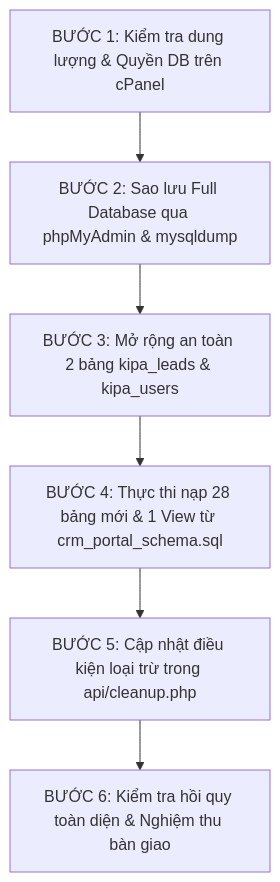
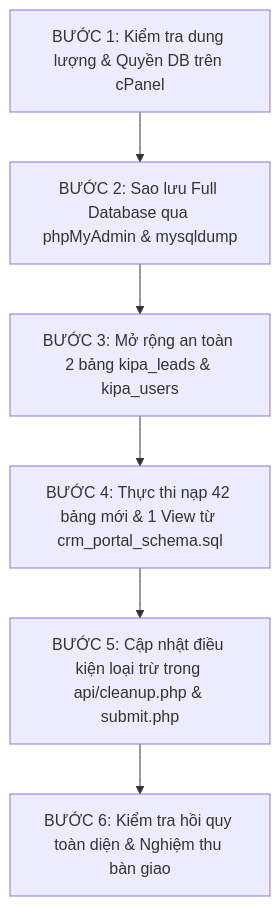
Before and after one commit to sugar4120/Web-KIPA: the diagram in DATABASE_MIGRATION_PLAN.md, drawn with Mermaid. The commit also changed other lines of this file and 9 other files, not shown here.

````diff
--- a/DATABASE_MIGRATION_PLAN.md
+++ b/DATABASE_MIGRATION_PLAN.md
@@ -23,8 +23,8 @@
 ```mermaid
 flowchart TD
     B1["BƯỚC 1: Kiểm tra dung lượng & Quyền DB trên cPanel"] --> B2["BƯỚC 2: Sao lưu Full Database qua phpMyAdmin & mysqldump"]
     B2 --> B3["BƯỚC 3: Mở rộng an toàn 2 bảng kipa_leads & kipa_users"]
-    B3 --> B4["BƯỚC 4: Thực thi nạp 28 bảng mới & 1 View từ crm_portal_schema.sql"]
-    B4 --> B5["BƯỚC 5: Cập nhật điều kiện loại trừ trong api/cleanup.php"]
+    B3 --> B4["BƯỚC 4: Thực thi nạp 42 bảng mới & 1 View từ crm_portal_schema.sql"]
+    B4 --> B5["BƯỚC 5: Cập nhật điều kiện loại trừ trong api/cleanup.php & submit.php"]
     B5 --> B6["BƯỚC 6: Kiểm tra hồi quy toàn diện & Nghiệm thu bàn giao"]
 ```
````
